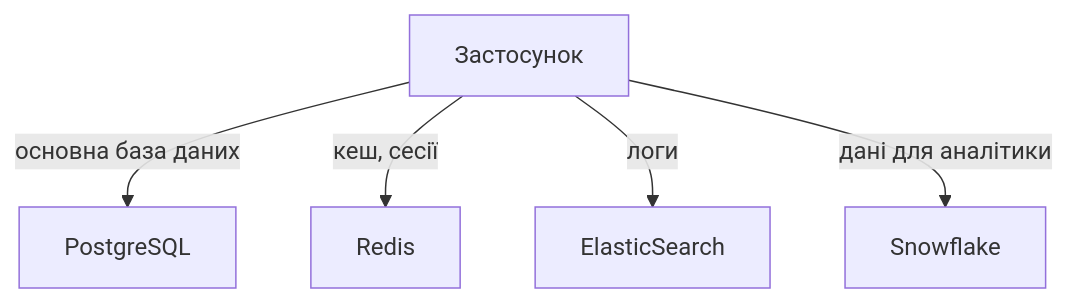
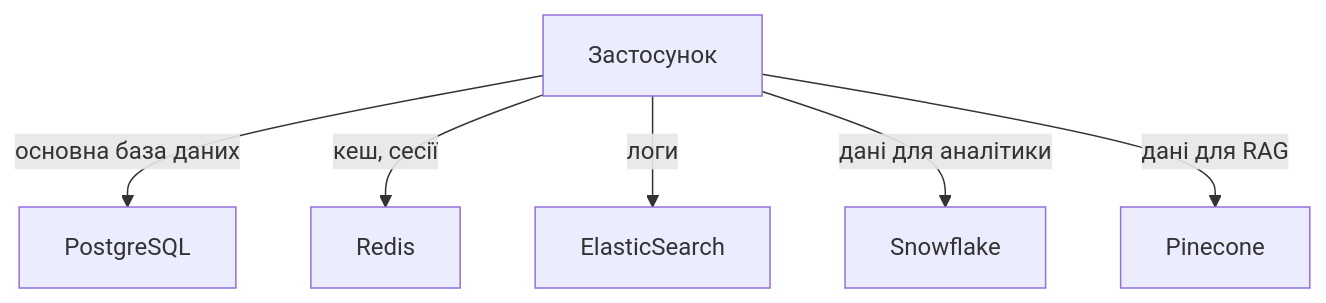
Before and after one commit to ZheniaTrochun/db-intro-course: the second of 2 diagrams in lectures/15 - Non-relational DBMS/lecture_notes.md, drawn with Mermaid. The commit also changed other lines of this file, not shown here.

````diff
--- a/lectures/15 - Non-relational DBMS/lecture_notes.md
+++ b/lectures/15 - Non-relational DBMS/lecture_notes.md
@@ -275,7 +299,8 @@
 ```mermaid
 flowchart TD
       A[Застосунок] --> |основна база даних| B[PostgreSQL]
       A --> |кеш, сесії| C[Redis]
       A --> |логи| D[ElasticSearch]
       A --> |дані для аналітики| E[Snowflake]
+      A --> |дані для RAG| F[Pinecone]
 ```
````
